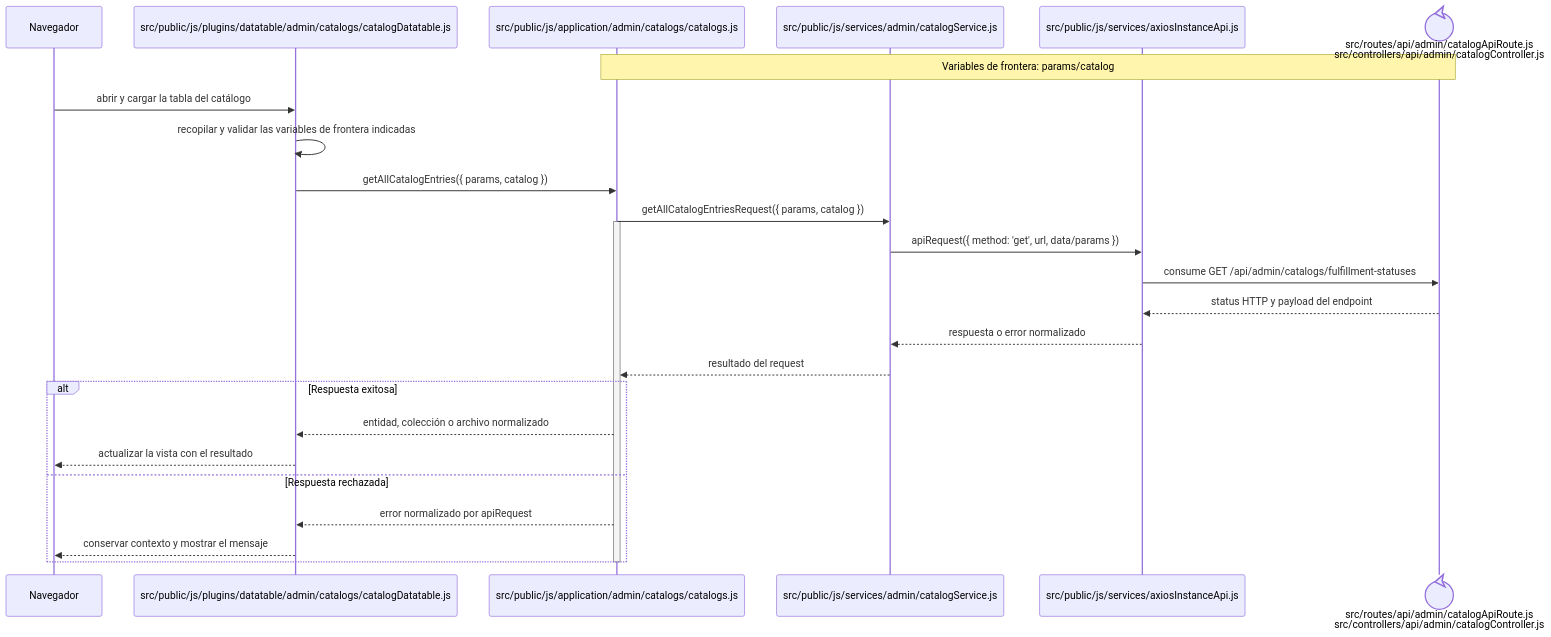
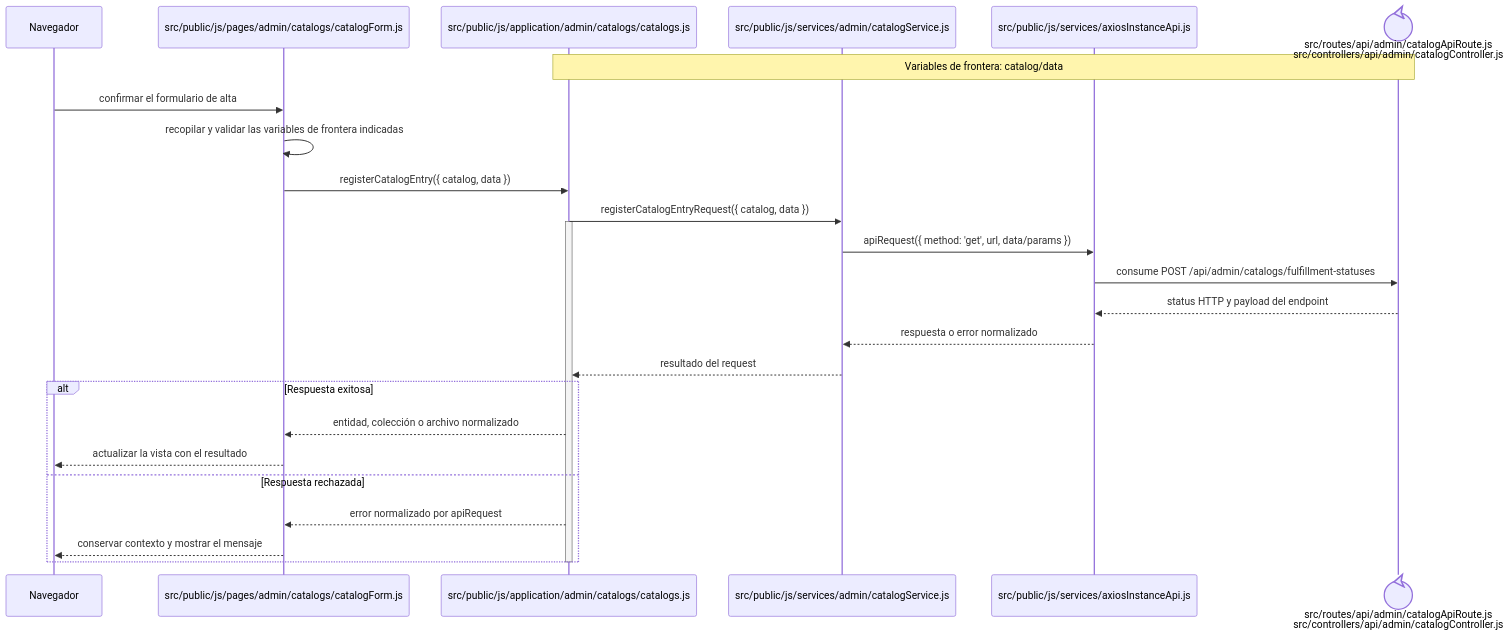
The diagram in docs/architecture/frontend-code-sequences/catalogs/cu-cat-25.md (gpgsistemas01/nexus), drawn with Mermaid before and after one commit. The commit also changed other lines of this file and 167 other files, not shown here.

````diff
--- a/docs/architecture/frontend-code-sequences/catalogs/cu-cat-25.md
+++ b/docs/architecture/frontend-code-sequences/catalogs/cu-cat-25.md
@@ -6,29 +6,29 @@
 ```mermaid
 sequenceDiagram
     participant Browser as Navegador
-    participant View as src/public/js/plugins/datatable/admin/catalogs/catalogDatatable.js
+    participant View as src/public/js/pages/admin/catalogs/catalogForm.js
     participant Application as src/public/js/application/admin/catalogs/catalogs.js
     participant Request as src/public/js/services/admin/catalogService.js
     participant HTTP as src/public/js/services/axiosInstanceApi.js
     participant Transport@{ "type": "control" } as src/routes/api/admin/catalogApiRoute.js<br/>src/controllers/api/admin/catalogController.js
-    Note over Application,Transport: Variables de frontera: params/catalog
+    Note over Application,Transport: Variables de frontera: catalog/data
 
-    Browser->>View: abrir y cargar la tabla del catálogo
+    Browser->>View: confirmar el formulario de alta
     View->>View: recopilar y validar las variables de frontera indicadas
-    View->>Application: getAllCatalogEntries({ params, catalog })
-    Application->>Request: getAllCatalogEntriesRequest({ params, catalog })
+    View->>Application: registerCatalogEntry({ catalog, data })
+    Application->>Request: registerCatalogEntryRequest({ catalog, data })
     activate Application
     Request->>HTTP: apiRequest({ method: 'get', url, data/params })
-    HTTP->>Transport: consume GET /api/admin/catalogs/fulfillment-statuses
+    HTTP->>Transport: consume POST /api/admin/catalogs/fulfillment-statuses
     Transport-->>HTTP: status HTTP y payload del endpoint
     HTTP-->>Request: respuesta o error normalizado
     Request-->>Application: resultado del request
     alt Respuesta exitosa
         Application-->>View: entidad, colección o archivo normalizado
         View-->>Browser: actualizar la vista con el resultado
     else Respuesta rechazada
         Application-->>View: error normalizado por apiRequest
         View-->>Browser: conservar contexto y mostrar el mensaje
     end
     deactivate Application
 ```
````
